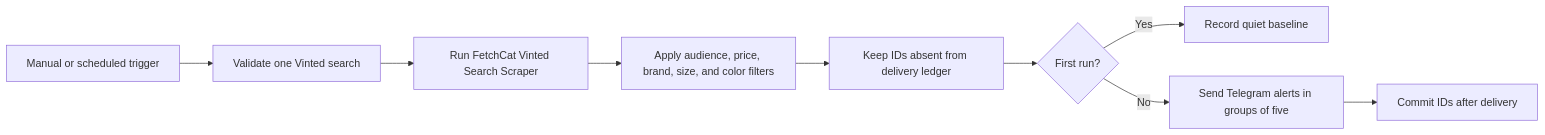
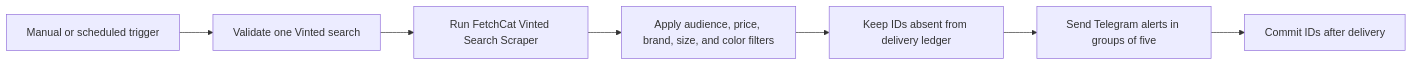
Before and after one commit to annamiy/fetchcat-n8n-workflows: the diagram in workflows/vinted-new-listing-alerts/README.md, drawn with Mermaid. The commit also changed other lines of this file and 7 other files, not shown here.

Commit message:
refactor: send Vinted matches on first run

````diff
--- a/workflows/vinted-new-listing-alerts/README.md
+++ b/workflows/vinted-new-listing-alerts/README.md
@@ -71,11 +69,9 @@
 ```mermaid
 flowchart LR
   T[Manual or scheduled trigger] --> C[Validate one Vinted search]
   C --> A[Run FetchCat Vinted Search Scraper]
   A --> F[Apply audience, price, brand, size, and color filters]
   F --> D[Keep IDs absent from delivery ledger]
-  D --> B{First run?}
-  B -->|Yes| Q[Record quiet baseline]
-  B -->|No| M[Send Telegram alerts in groups of five]
+  D --> M[Send Telegram alerts in groups of five]
   M --> L[Commit IDs after delivery]
 ```
````
